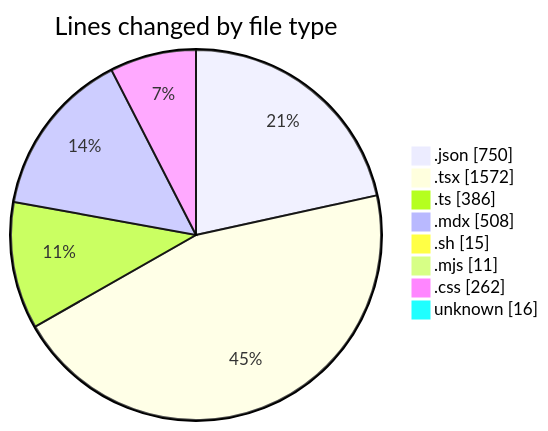
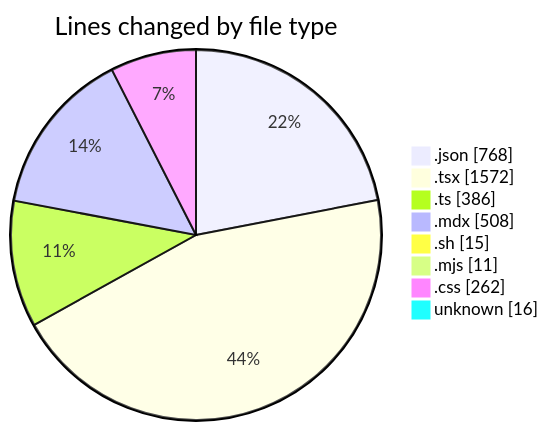
Before and after one commit to Elitesun/code-tracking: the first of 2 diagrams in 2025-05-01/niten/README.md, drawn with Mermaid. The commit also changed other lines of this file and 1 other file, not shown here.

````diff
--- a/2025-05-01/niten/README.md
+++ b/2025-05-01/niten/README.md
@@ -61,12 +61,12 @@
 ```mermaid
 pie showData
 title Lines changed by file type
-".json" : 750
+".json" : 768
 ".tsx" : 1572
 ".ts" : 386
 ".mdx" : 508
 ".sh" : 15
 ".mjs" : 11
 ".css" : 262
 "unknown" : 16
 ```
````
